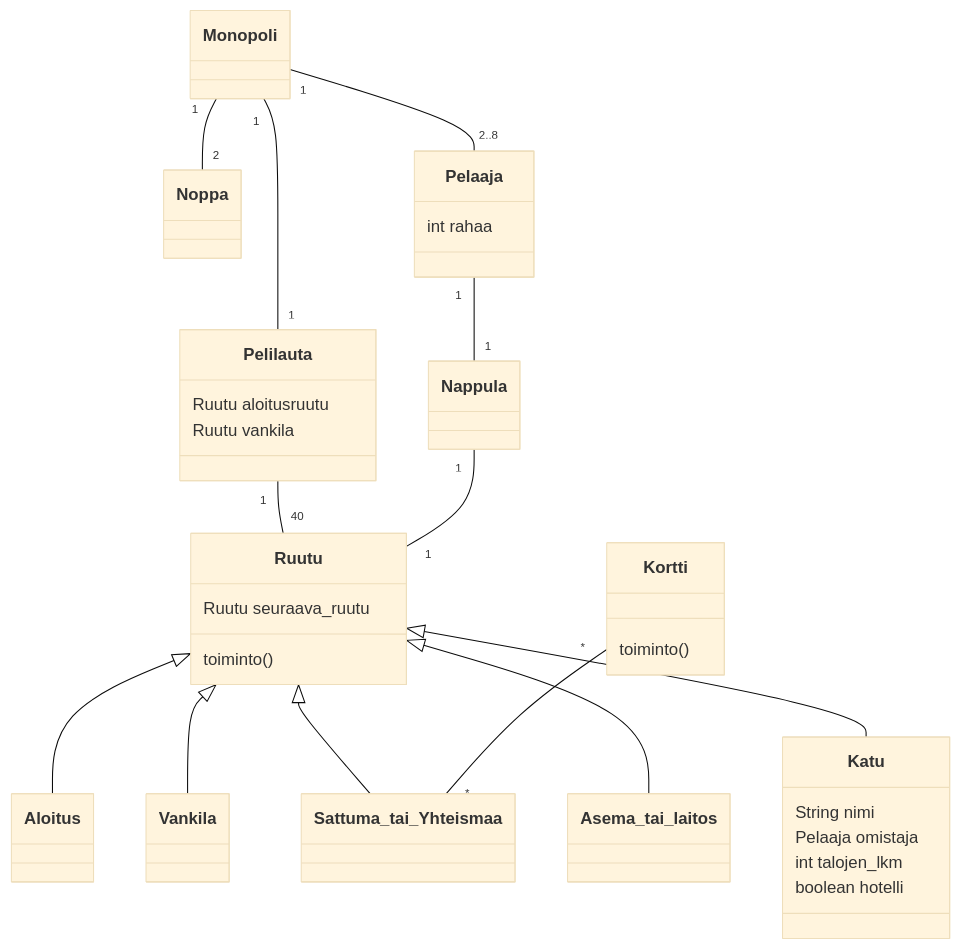
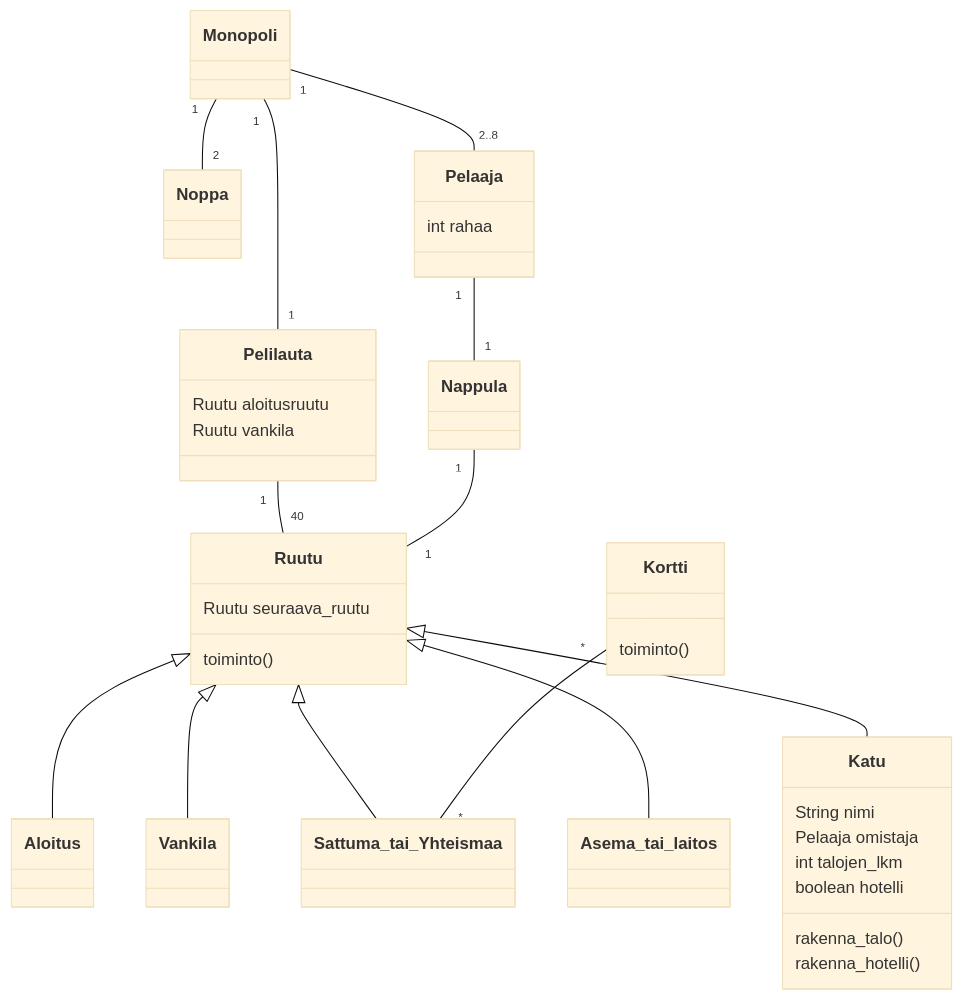
One commit to jannelem/ot-harjoitustyo-jannelem changed the diagram in laskarit/viikko3/tehtava2.md. Above: the diagram before and after it, drawn with Mermaid (base theme).

````diff
--- a/laskarit/viikko3/tehtava2.md
+++ b/laskarit/viikko3/tehtava2.md
@@ -3,37 +3,39 @@
 ```mermaid
 	classDiagram
 		Monopoli "1" -- "1" Pelilauta
 		Monopoli "1" -- "2" Noppa
 		Monopoli "1" -- "2..8" Pelaaja
 		Pelaaja "1" -- "1" Nappula
 		Pelilauta "1" -- "40" Ruutu
 		Nappula "1" -- "1" Ruutu
 		Ruutu <|-- Aloitus
 		Ruutu <|-- Vankila
 		Ruutu <|-- Sattuma_tai_Yhteismaa
 		Ruutu <|-- Asema_tai_laitos
 		Ruutu <|-- Katu
 		Kortti "*" -- "*" Sattuma_tai_Yhteismaa
 		
 		class Ruutu {
 			Ruutu seuraava_ruutu
 			toiminto()
 		}
 		class Pelilauta {
 			Ruutu aloitusruutu
 			Ruutu vankila
 		}
 		class Kortti {
 			toiminto()
 		}
 		class Katu {
 			String nimi
 			Pelaaja omistaja
 			int talojen_lkm
 			boolean hotelli
+			rakenna_talo()
+			rakenna_hotelli()
 		}
 		class Pelaaja {
 			int rahaa
 		}
 		
 ```
````
